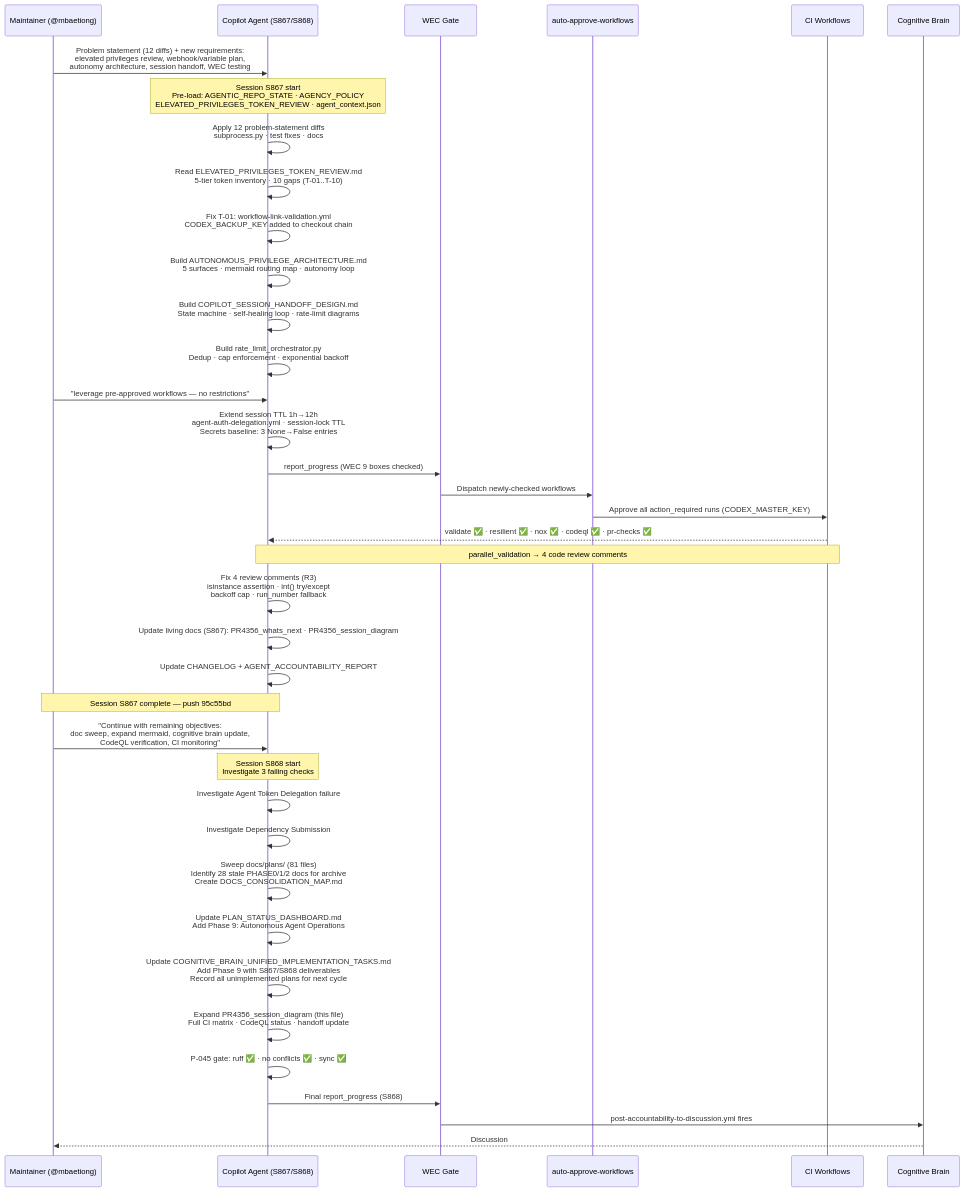
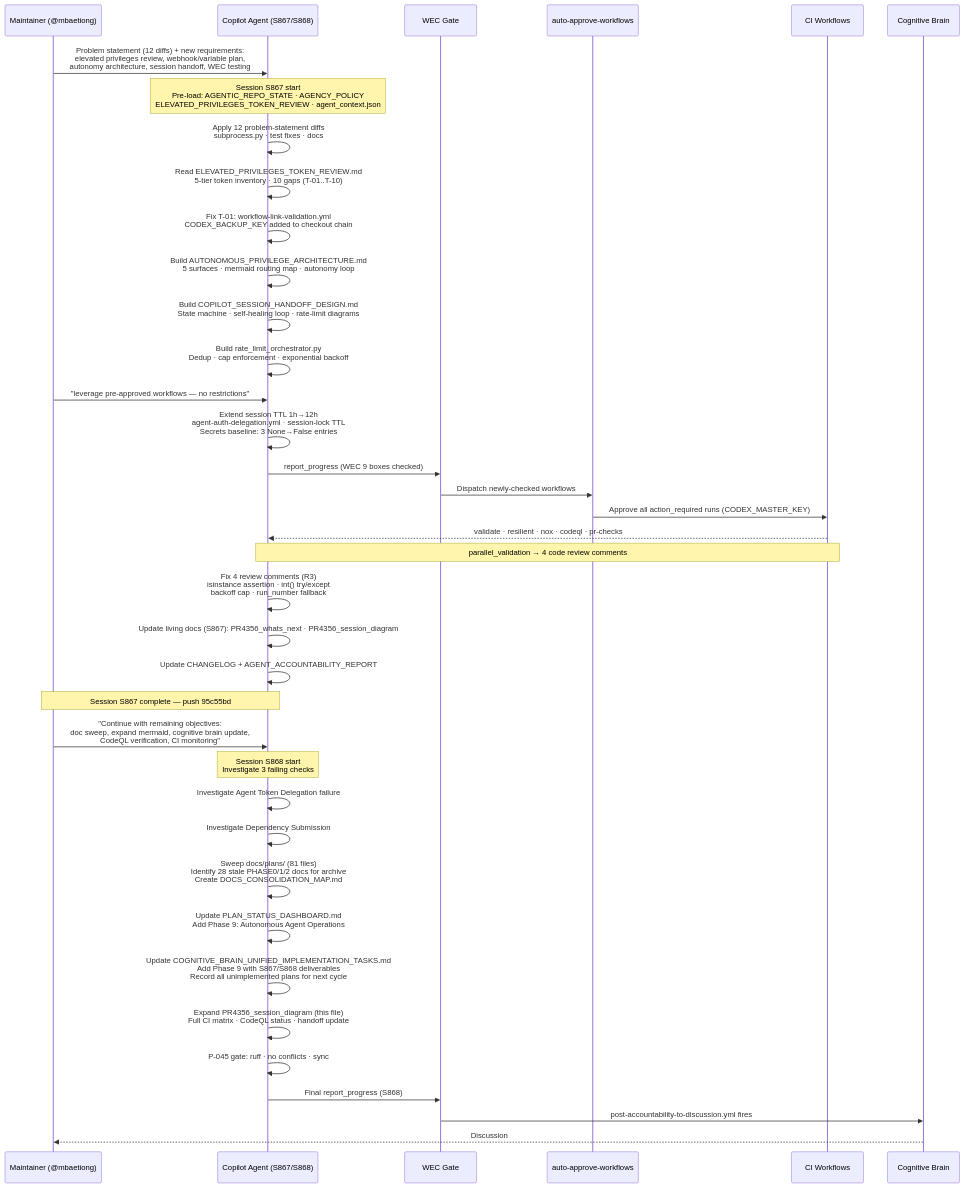
Before and after one commit to Aries-Serpent/_codex_: the first of 9 diagrams in docs/plans/PR4356_session_diagram.md, drawn with Mermaid. The commit also changed other lines of this file and 2029 other files, not shown here.

````diff
--- a/docs/plans/PR4356_session_diagram.md
+++ b/docs/plans/PR4356_session_diagram.md
@@ -13,62 +15,62 @@
 ```mermaid
-%%{init: {'accessibility': {'title': 'Sequence Diagram: >>A: validate ✅ · resilient ✅ '}}%%
+%%{init: {'accessibility': {'title': 'Sequence Diagram: >>A: validate  · resilient  '}}%%
 sequenceDiagram
     participant M as Maintainer (@mbaetiong)
     participant A as Copilot Agent (S867/S868)
     participant WEC as WEC Gate
     participant AA as auto-approve-workflows
     participant CI as CI Workflows
     participant CB as Cognitive Brain
 
     M->>A: Problem statement (12 diffs) + new requirements:<br/>elevated privileges review, webhook/variable plan,<br/>autonomy architecture, session handoff, WEC testing
 
     Note over A: Session S867 start<br/>Pre-load: AGENTIC_REPO_STATE · AGENCY_POLICY<br/>ELEVATED_PRIVILEGES_TOKEN_REVIEW · agent_context.json
 
     A->>A: Apply 12 problem-statement diffs<br/>subprocess.py · test fixes · docs
 
     A->>A: Read ELEVATED_PRIVILEGES_TOKEN_REVIEW.md<br/>5-tier token inventory · 10 gaps (T-01..T-10)
     A->>A: Fix T-01: workflow-link-validation.yml<br/>CODEX_BACKUP_KEY added to checkout chain
 
     A->>A: Build AUTONOMOUS_PRIVILEGE_ARCHITECTURE.md<br/>5 surfaces · mermaid routing map · autonomy loop
 
     A->>A: Build COPILOT_SESSION_HANDOFF_DESIGN.md<br/>State machine · self-healing loop · rate-limit diagrams
 
     A->>A: Build rate_limit_orchestrator.py<br/>Dedup · cap enforcement · exponential backoff
 
     M->>A: "leverage pre-approved workflows — no restrictions"
     A->>A: Extend session TTL 1h→12h<br/>agent-auth-delegation.yml · session-lock TTL<br/>Secrets baseline: 3 None→False entries
 
     A->>WEC: report_progress (WEC 9 boxes checked)
     WEC->>AA: Dispatch newly-checked workflows
     AA->>CI: Approve all action_required runs (CODEX_MASTER_KEY)
-    CI-->>A: validate ✅ · resilient ✅ · nox ✅ · codeql ✅ · pr-checks ✅
+    CI-->>A: validate  · resilient  · nox  · codeql  · pr-checks 
 
     Note over A,CI: parallel_validation → 4 code review comments
     A->>A: Fix 4 review comments (R3)<br/>isinstance assertion · int() try/except<br/>backoff cap · run_number fallback
 
     A->>A: Update living docs (S867): PR4356_whats_next · PR4356_session_diagram
     A->>A: Update CHANGELOG + AGENT_ACCOUNTABILITY_REPORT
 
     Note over M,A: Session S867 complete — push 95c55bd
 
     M->>A: "Continue with remaining objectives:<br/>doc sweep, expand mermaid, cognitive brain update,<br/>CodeQL verification, CI monitoring"
 
     Note over A: Session S868 start<br/>Investigate 3 failing checks
 
     A->>A: Investigate Agent Token Delegation failure #6232<br/>Result: transient action_required gate, not a code bug
     A->>A: Investigate Dependency Submission #25542482123<br/>Result: GitHub infrastructure HTTP 503<br/>dependency-submission.yml already resilient
 
     A->>A: Sweep docs/plans/ (81 files)<br/>Identify 28 stale PHASE0/1/2 docs for archive<br/>Create DOCS_CONSOLIDATION_MAP.md
 
     A->>A: Update PLAN_STATUS_DASHBOARD.md<br/>Add Phase 9: Autonomous Agent Operations
 
     A->>A: Update COGNITIVE_BRAIN_UNIFIED_IMPLEMENTATION_TASKS.md<br/>Add Phase 9 with S867/S868 deliverables<br/>Record all unimplemented plans for next cycle
 
     A->>A: Expand PR4356_session_diagram (this file)<br/>Full CI matrix · CodeQL status · handoff update
 
-    A->>A: P-045 gate: ruff ✅ · no conflicts ✅ · sync ✅
+    A->>A: P-045 gate: ruff  · no conflicts  · sync 
 
     A->>WEC: Final report_progress (S868)
     WEC->>CB: post-accountability-to-discussion.yml fires
     CB-->>M: Discussion #3673 updated
 ```
````
